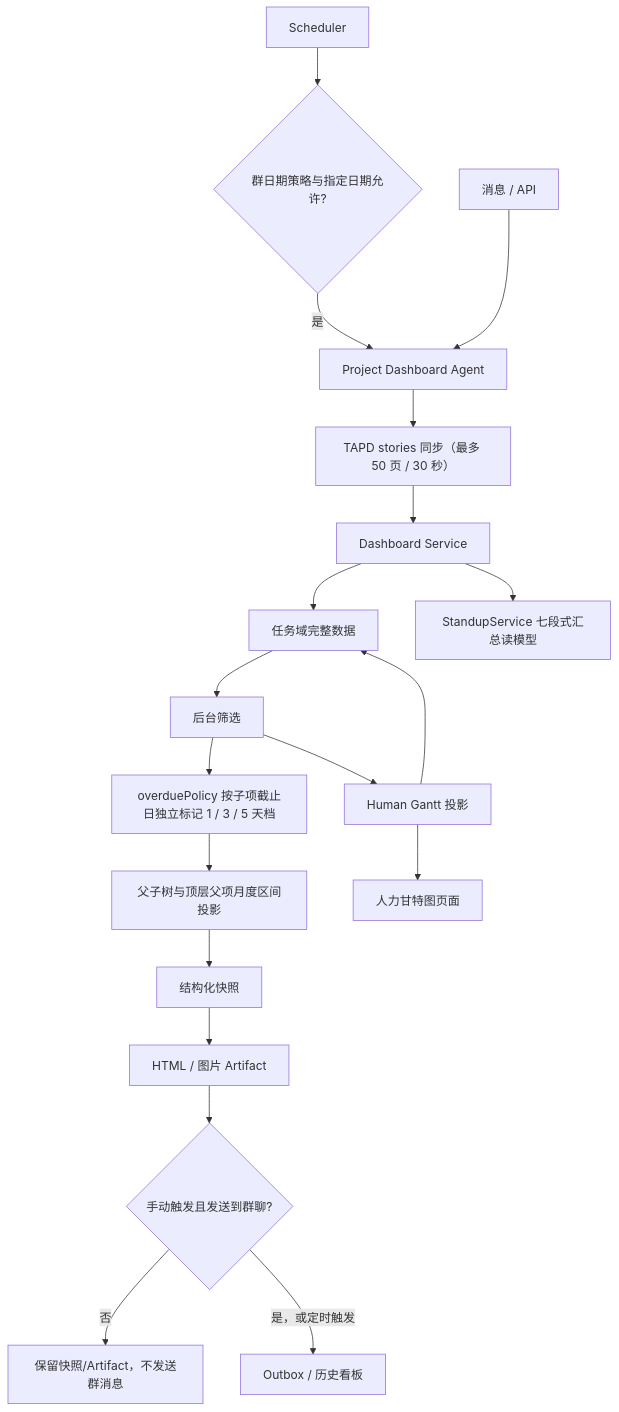
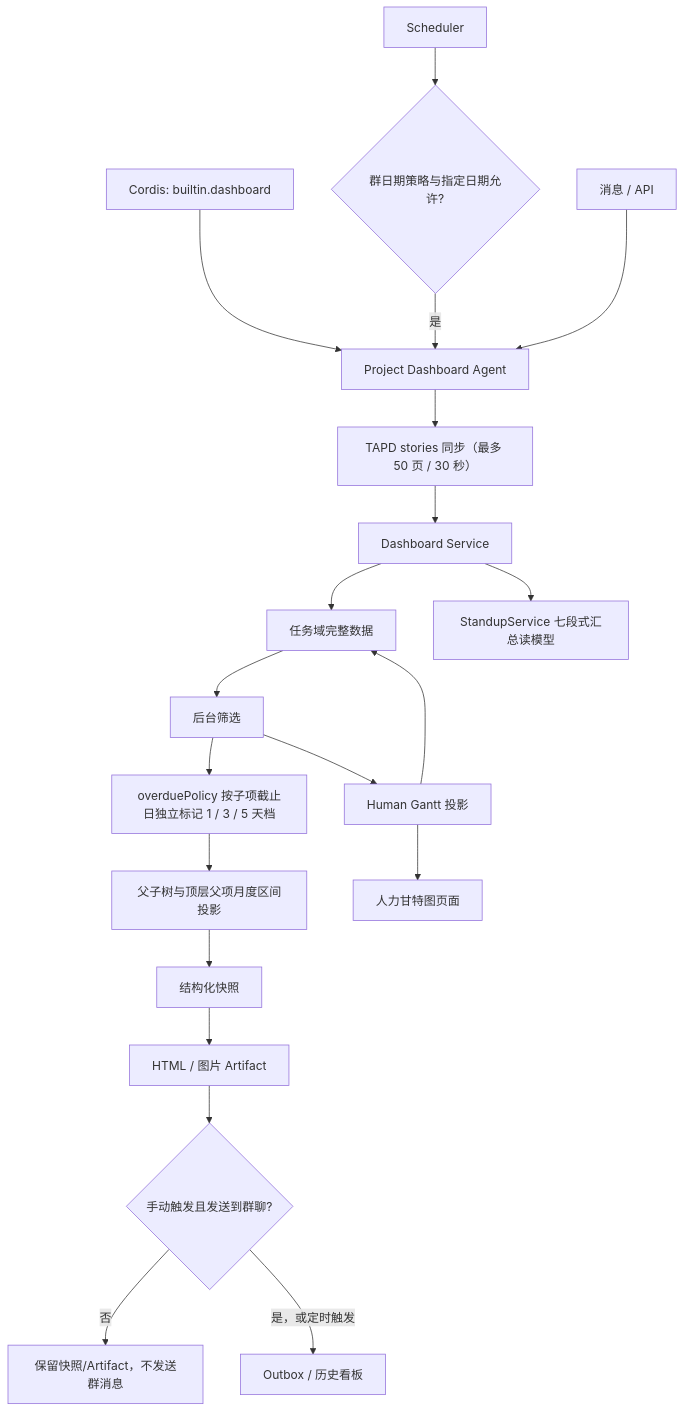
One commit to KlayPeter/AI-Delivery-Ops-Agent changed the diagram in backend/src/agents/native/project-dashboard/FEATURE.md. Above: the diagram before and after it, drawn with Mermaid. The commit also changed other lines of this file and 47 other files, not shown here.

````diff
--- a/backend/src/agents/native/project-dashboard/FEATURE.md
+++ b/backend/src/agents/native/project-dashboard/FEATURE.md
@@ -22,21 +22,22 @@
 ```mermaid
 flowchart TD
+    PL["Cordis: builtin.dashboard"] --> B
     SC["Scheduler"] --> HC{"群日期策略与指定日期允许?"}
     HC -- "是" --> B["Project Dashboard Agent"]
     A["消息 / API"] --> B
     B --> T["TAPD stories 同步（最多 50 页 / 30 秒）"]
     T --> C["Dashboard Service"]
     C --> D["任务域完整数据"]
     C --> S["StandupService 七段式汇总读模型"]
     D --> H["TaskService 父子层级投影：完成继承 + 转测阶段只读继承"]
     H --> O["overduePolicy 按子项截止日独立标记 1 / 3 / 5 天档"]
     O --> K["父子树与顶层父项月度区间投影"]
     K --> E["结构化快照"]
     E --> F["HTML / 图片 Artifact"]
     F --> P{"手动触发且发送到群聊?"}
     P -- "否" --> Q["保留快照/Artifact，不发送群消息"]
     P -- "是，或定时触发" --> G["Outbox / 历史看板"]
     H["后台筛选"] --> I["Human Gantt 投影"]
     I --> D
     I --> J["人力甘特图页面"]
 ```
````
